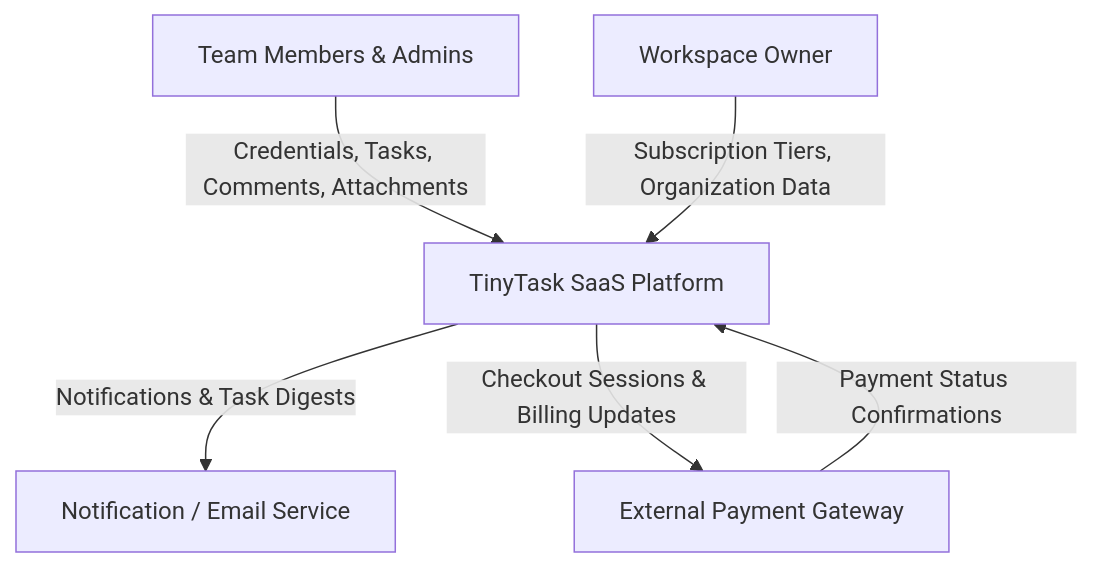
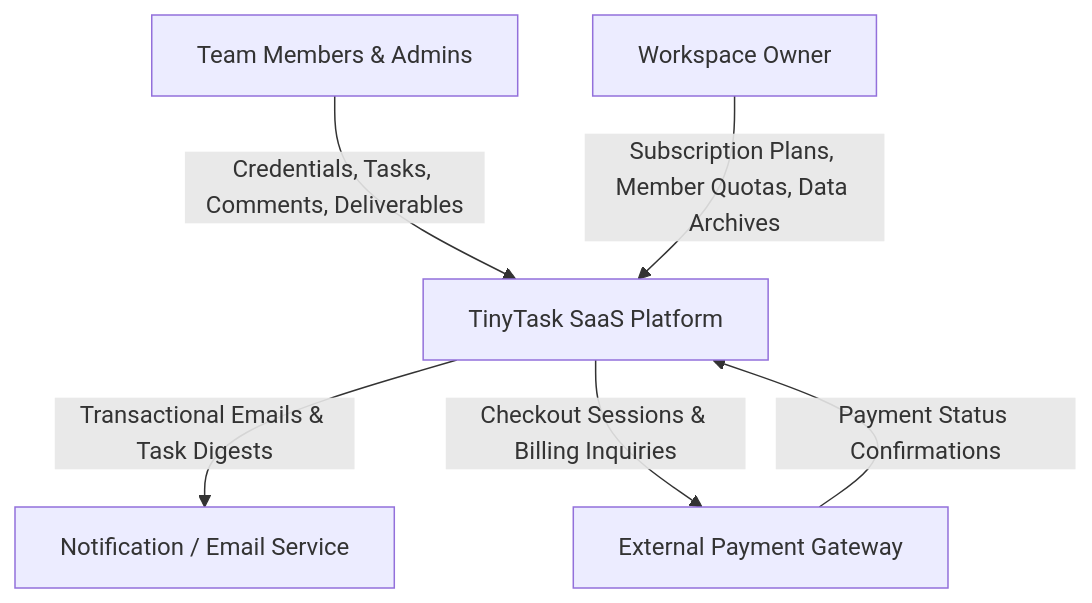
Before and after one commit to pauloribeiro16/aegis-mvp: the diagram in cases/Case_01_TinyTask_SaaS/03_PHASE3_SPEC/Doc02_System_Use_Cases.md, drawn with Mermaid. The commit also changed other lines of this file and 2 other files, not shown here.

````diff
--- a/cases/Case_01_TinyTask_SaaS/03_PHASE3_SPEC/Doc02_System_Use_Cases.md
+++ b/cases/Case_01_TinyTask_SaaS/03_PHASE3_SPEC/Doc02_System_Use_Cases.md
@@ -76,8 +123,8 @@
 ```mermaid
 flowchart TD
-    User["Team Members & Admins"] -->|Credentials, Tasks, Comments, Attachments| TT["TinyTask SaaS Platform"]
-    Owner["Workspace Owner"] -->|Subscription Tiers, Organization Data| TT
-    TT -->|Notifications & Task Digests| Mail["Notification / Email Service"]
-    TT -->|Checkout Sessions & Billing Updates| Gateway["External Payment Gateway"]
+    User["Team Members & Admins"] -->|Credentials, Tasks, Comments, Deliverables| TT["TinyTask SaaS Platform"]
+    Owner["Workspace Owner"] -->|Subscription Plans, Member Quotas, Data Archives| TT
+    TT -->|Transactional Emails & Task Digests| Mail["Notification / Email Service"]
+    TT -->|Checkout Sessions & Billing Inquiries| Gateway["External Payment Gateway"]
     Gateway -->|Payment Status Confirmations| TT
 ```
````
